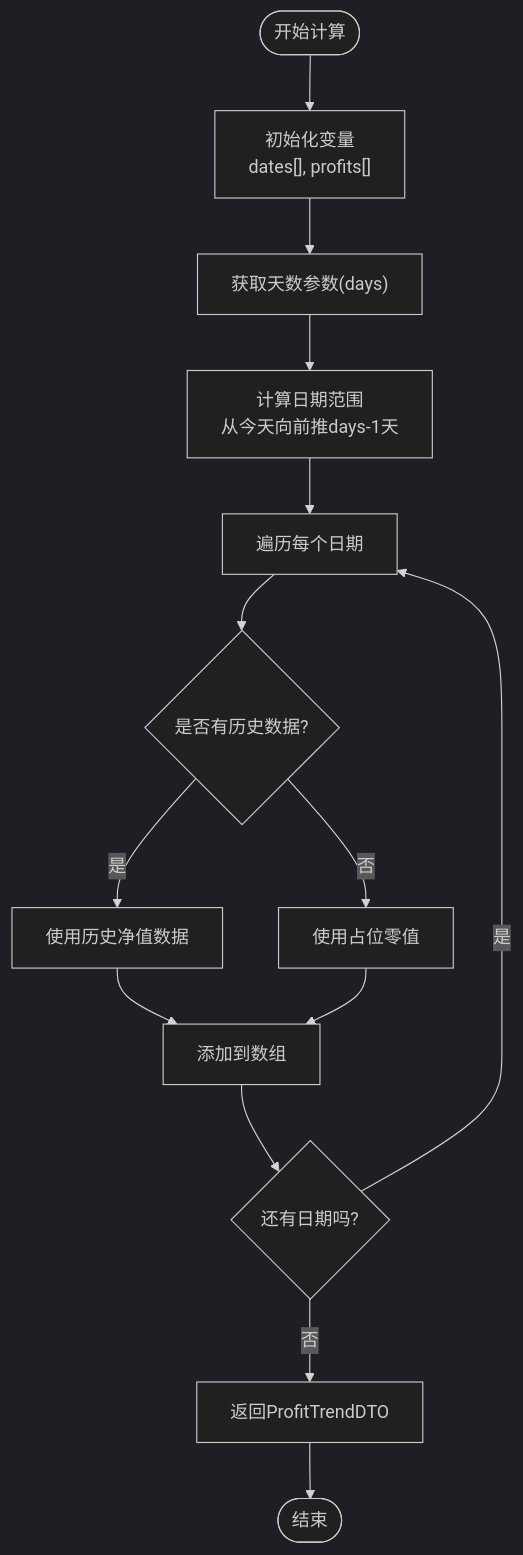
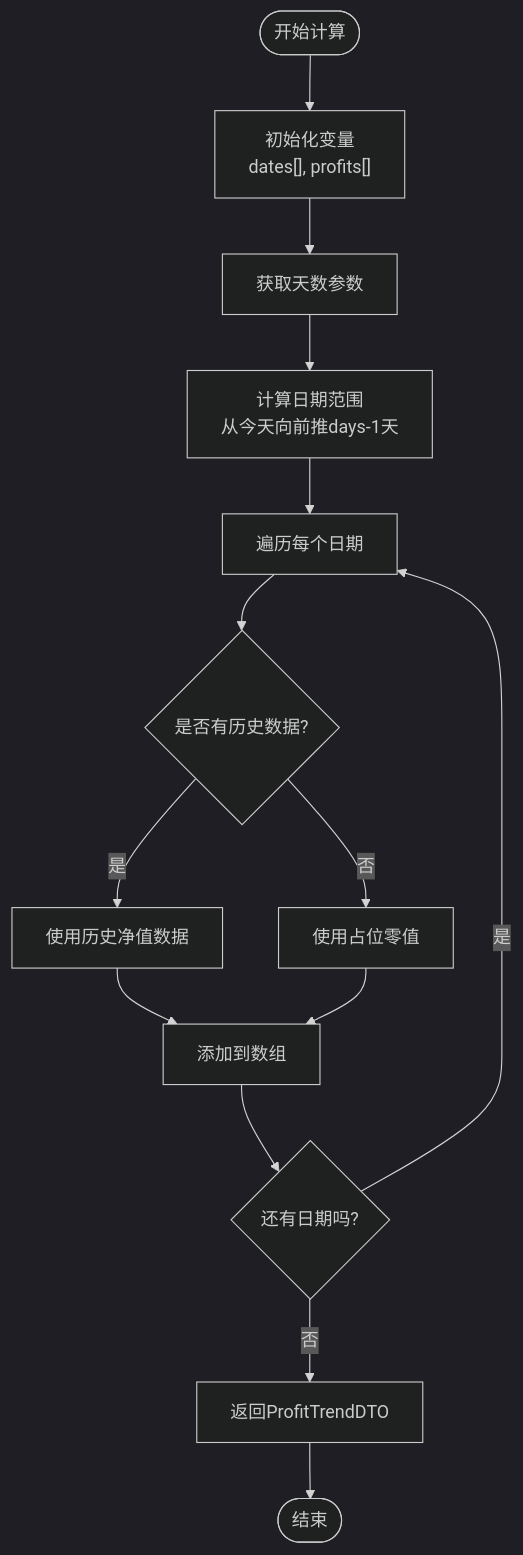
One commit to gree-coder/fund-butler changed the fourth of 9 diagrams in .qoder/repowiki/zh/content/Dashboard Enhancement.md. Above: the diagram before and after it, drawn with Mermaid (dark theme). The commit also changed other lines of this file and 21 other files, not shown here.

````diff
--- a/.qoder/repowiki/zh/content/Dashboard Enhancement.md
+++ b/.qoder/repowiki/zh/content/Dashboard Enhancement.md
@@ -251,16 +217,16 @@
 ```mermaid
 flowchart TD
 Start([开始计算]) --> InitVars["初始化变量<br/>dates[], profits[]"]
-InitVars --> GetDays["获取天数参数(days)"]
+InitVars --> GetDays["获取天数参数"]
 GetDays --> CalcDates["计算日期范围<br/>从今天向前推days-1天"]
 CalcDates --> LoopDates["遍历每个日期"]
 LoopDates --> CheckData{"是否有历史数据?"}
 CheckData --> |是| UseHistorical["使用历史净值数据"]
 CheckData --> |否| UseZero["使用占位零值"]
 UseHistorical --> AddToArrays["添加到数组"]
 UseZero --> AddToArrays
 AddToArrays --> NextDate{"还有日期吗?"}
 NextDate --> |是| LoopDates
 NextDate --> |否| ReturnData["返回ProfitTrendDTO"]
 ReturnData --> End([结束])
 ```
````
